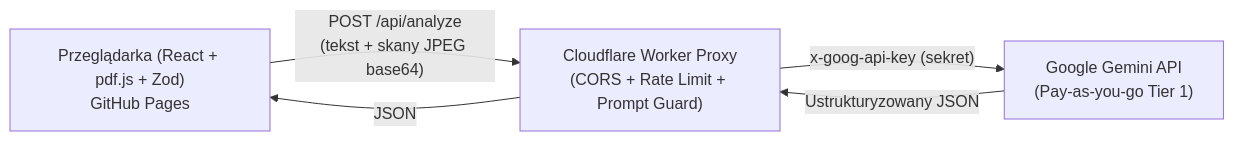
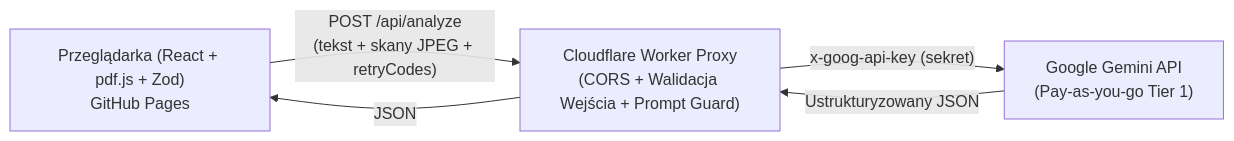
The diagram in README.md (DagmaraOzimek27/pdf-insight), drawn with Mermaid before and after one commit. The commit also changed other lines of this file and 3 other files, not shown here.

Commit message:
docs: synchronize security architecture, limitations, and audit log across all docs

````diff
--- a/README.md
+++ b/README.md
@@ -39,7 +41,7 @@
 ```mermaid
 flowchart LR
-    Browser["Przeglądarka (React + pdf.js + Zod)\nGitHub Pages"] -- "POST /api/analyze\n(tekst + skany JPEG base64)" --> Worker["Cloudflare Worker Proxy\n(CORS + Rate Limit + Prompt Guard)"]
+    Browser["Przeglądarka (React + pdf.js + Zod)\nGitHub Pages"] -- "POST /api/analyze\n(tekst + skany JPEG + retryCodes)" --> Worker["Cloudflare Worker Proxy\n(CORS + Walidacja Wejścia + Prompt Guard)"]
     Worker -- "x-goog-api-key (sekret)\n<untrusted_pdf_document>" --> Gemini["Google Gemini API\n(Pay-as-you-go Tier 1)"]
     Gemini -- "Ustrukturyzowany JSON" --> Worker
     Worker -- "JSON" --> Browser
 ```
````
